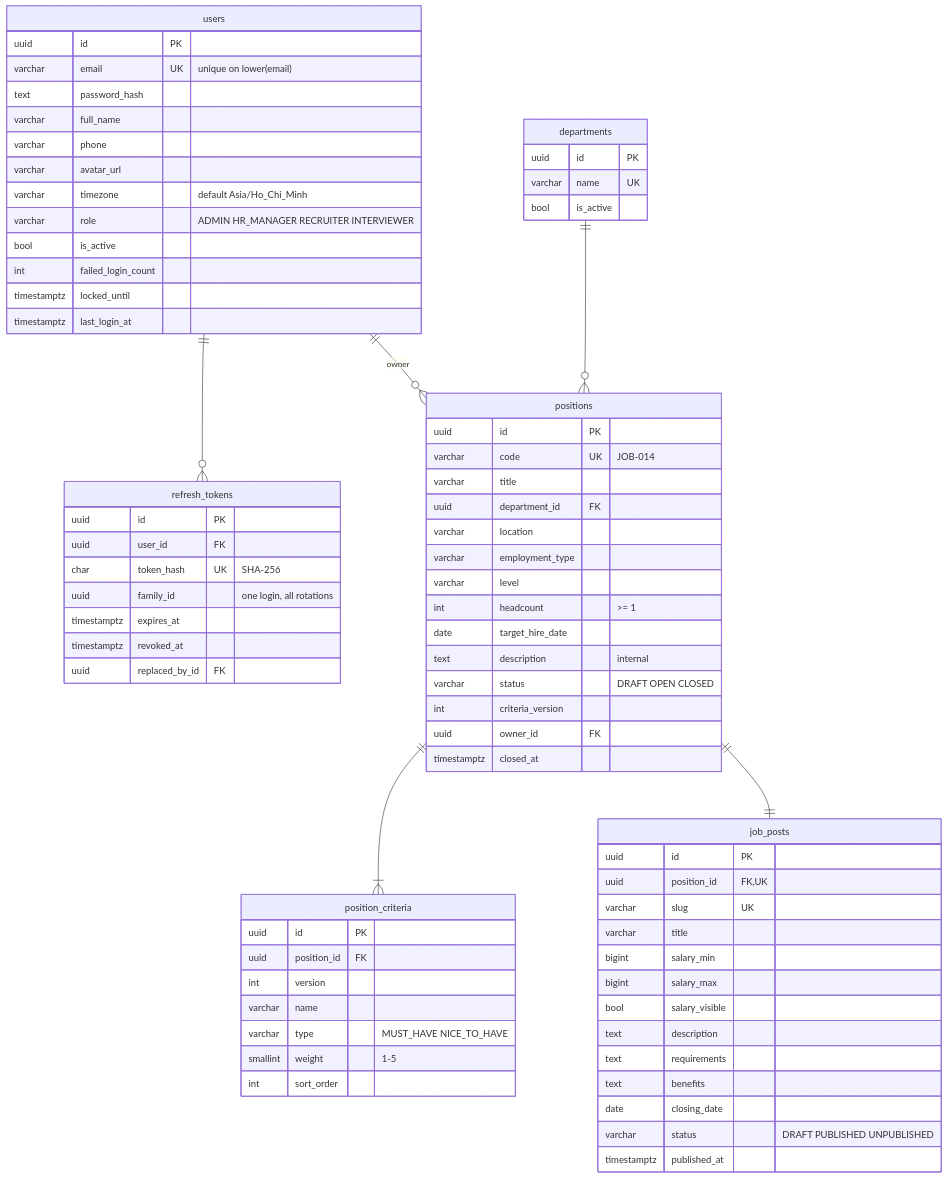
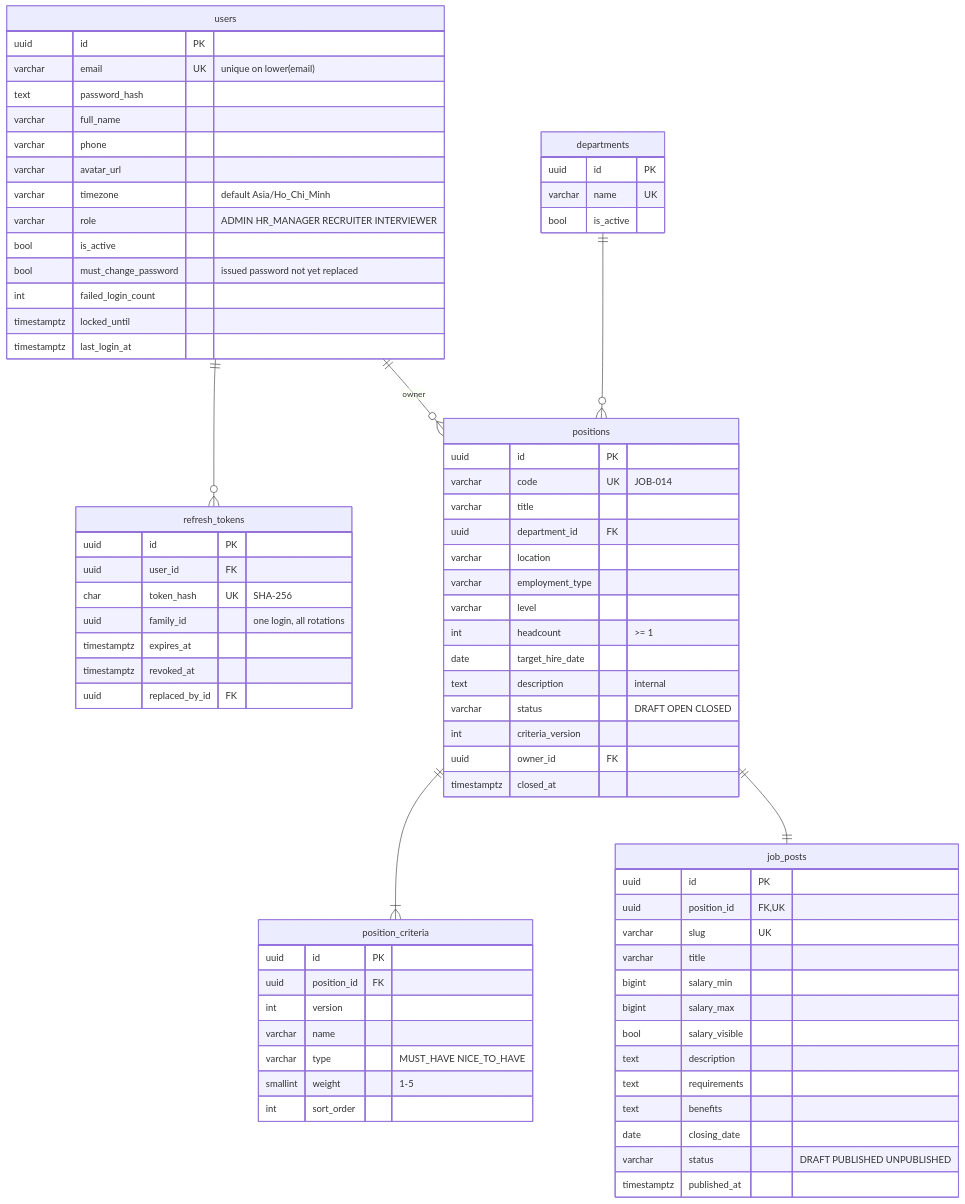
Before and after one commit to duongk18FPTU/recruitment-ats: the second of 6 diagrams in docs/07-database-design.md, drawn with Mermaid. The commit also changed other lines of this file and 88 other files, not shown here.

````diff
--- a/docs/07-database-design.md
+++ b/docs/07-database-design.md
@@ -65,76 +65,77 @@
 ```mermaid
 erDiagram
     users {
         uuid id PK
         varchar email UK "unique on lower(email)"
         text password_hash
         varchar full_name
         varchar phone
         varchar avatar_url
         varchar timezone "default Asia/Ho_Chi_Minh"
         varchar role "ADMIN HR_MANAGER RECRUITER INTERVIEWER"
         bool is_active
+        bool must_change_password "issued password not yet replaced"
         int failed_login_count
         timestamptz locked_until
         timestamptz last_login_at
     }
     refresh_tokens {
         uuid id PK
         uuid user_id FK
         char token_hash UK "SHA-256"
         uuid family_id "one login, all rotations"
         timestamptz expires_at
         timestamptz revoked_at
         uuid replaced_by_id FK
     }
     departments {
         uuid id PK
         varchar name UK
         bool is_active
     }
     positions {
         uuid id PK
         varchar code UK "JOB-014"
         varchar title
         uuid department_id FK
         varchar location
         varchar employment_type
         varchar level
         int headcount ">= 1"
         date target_hire_date
         text description "internal"
         varchar status "DRAFT OPEN CLOSED"
         int criteria_version
         uuid owner_id FK
         timestamptz closed_at
     }
     position_criteria {
         uuid id PK
         uuid position_id FK
         int version
         varchar name
         varchar type "MUST_HAVE NICE_TO_HAVE"
         smallint weight "1-5"
         int sort_order
     }
     job_posts {
         uuid id PK
         uuid position_id FK, UK
         varchar slug UK
         varchar title
         bigint salary_min
         bigint salary_max
         bool salary_visible
         text description
         text requirements
         text benefits
         date closing_date
         varchar status "DRAFT PUBLISHED UNPUBLISHED"
         timestamptz published_at
     }
     users ||--o{ refresh_tokens : ""
     users ||--o{ positions : owner
     departments ||--o{ positions : ""
     positions ||--|{ position_criteria : ""
     positions ||--|| job_posts : ""
 ```
````
